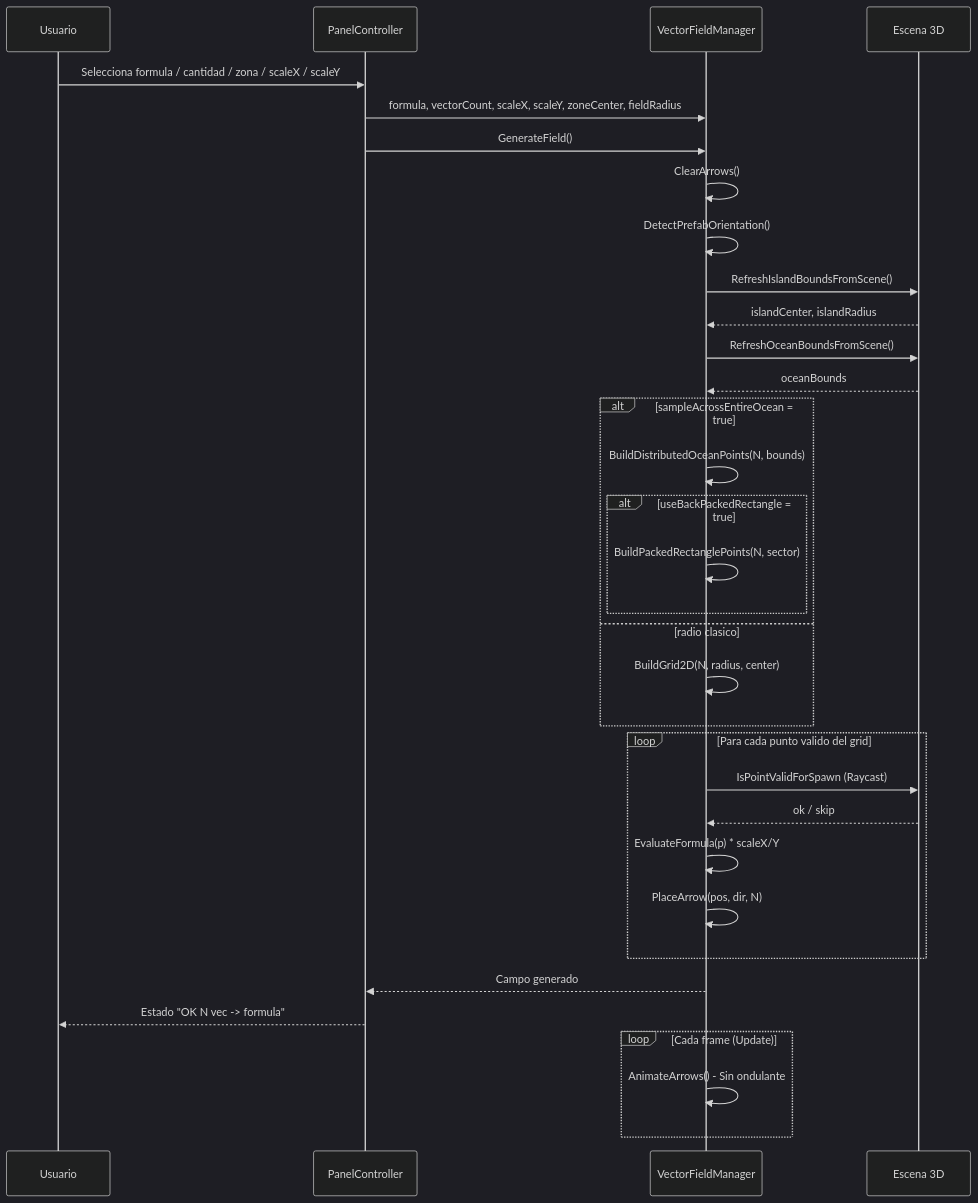
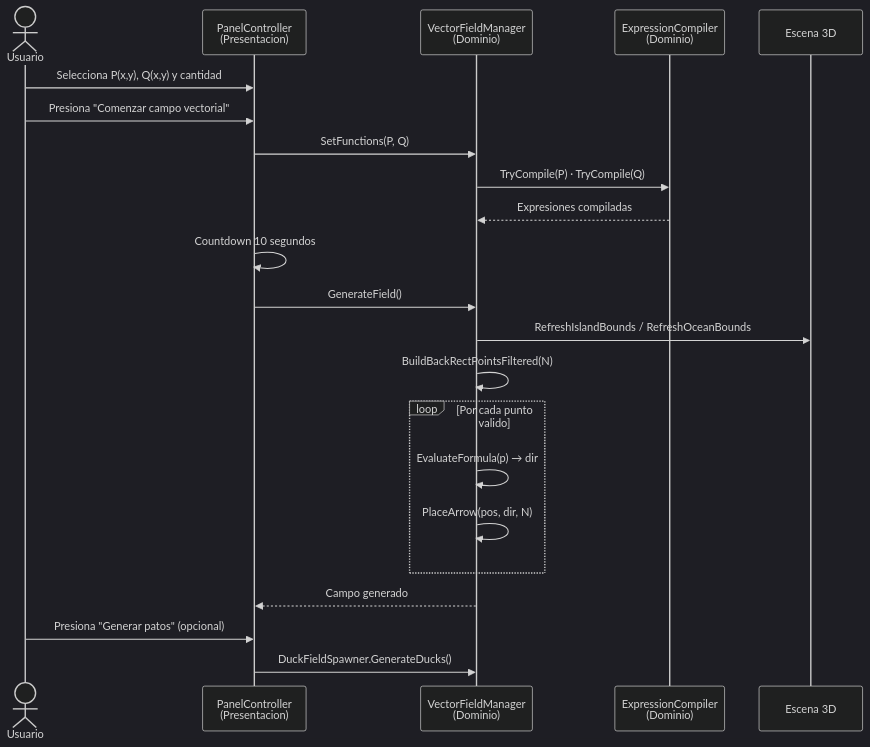
Before and after one commit to BurbanoValentina/AplicacionVectores: the fourth of 8 diagrams in README.md, drawn with Mermaid (dark theme). The commit also changed other lines of this file, not shown here.

````diff
--- a/README.md
+++ b/README.md
@@ -273,40 +255,26 @@
 ```mermaid
 sequenceDiagram
-    participant U as Usuario
-    participant PC as PanelController
-    participant VFM as VectorFieldManager
+    actor U as Usuario
+    participant PC as PanelController<br/>(Presentacion)
+    participant VFM as VectorFieldManager<br/>(Dominio)
+    participant EC as ExpressionCompiler<br/>(Dominio)
     participant SCN as Escena 3D
 
-    U->>PC: Selecciona formula / cantidad / zona / scaleX / scaleY
-    PC->>VFM: formula, vectorCount, scaleX, scaleY, zoneCenter, fieldRadius
+    U->>PC: Selecciona P(x,y), Q(x,y) y cantidad
+    U->>PC: Presiona "Comenzar campo vectorial"
+    PC->>VFM: SetFunctions(P, Q)
+    VFM->>EC: TryCompile(P) · TryCompile(Q)
+    EC-->>VFM: Expresiones compiladas
+    PC->>PC: Countdown 10 segundos
+
     PC->>VFM: GenerateField()
-    VFM->>VFM: ClearArrows()
-    VFM->>VFM: DetectPrefabOrientation()
-    VFM->>SCN: RefreshIslandBoundsFromScene()
-    SCN-->>VFM: islandCenter, islandRadius
-    VFM->>SCN: RefreshOceanBoundsFromScene()
-    SCN-->>VFM: oceanBounds
-
-    alt sampleAcrossEntireOcean = true
-        VFM->>VFM: BuildDistributedOceanPoints(N, bounds)
-        alt useBackPackedRectangle = true
-            VFM->>VFM: BuildPackedRectanglePoints(N, sector)
-        end
-    else radio clasico
-        VFM->>VFM: BuildGrid2D(N, radius, center)
-    end
-
-    loop Para cada punto valido del grid
-        VFM->>SCN: IsPointValidForSpawn (Raycast)
-        SCN-->>VFM: ok / skip
-        VFM->>VFM: EvaluateFormula(p) * scaleX/Y
+    VFM->>SCN: RefreshIslandBounds / RefreshOceanBounds
+    VFM->>VFM: BuildBackRectPointsFiltered(N)
+    loop Por cada punto valido
+        VFM->>VFM: EvaluateFormula(p) → dir
         VFM->>VFM: PlaceArrow(pos, dir, N)
     end
-
     VFM-->>PC: Campo generado
-    PC-->>U: Estado "OK N vec -> formula"
-
-    loop Cada frame (Update)
-        VFM->>VFM: AnimateArrows() - Sin ondulante
-    end
+    U->>PC: Presiona "Generar patos" (opcional)
+    PC->>VFM: DuckFieldSpawner.GenerateDucks()
 ```
````
